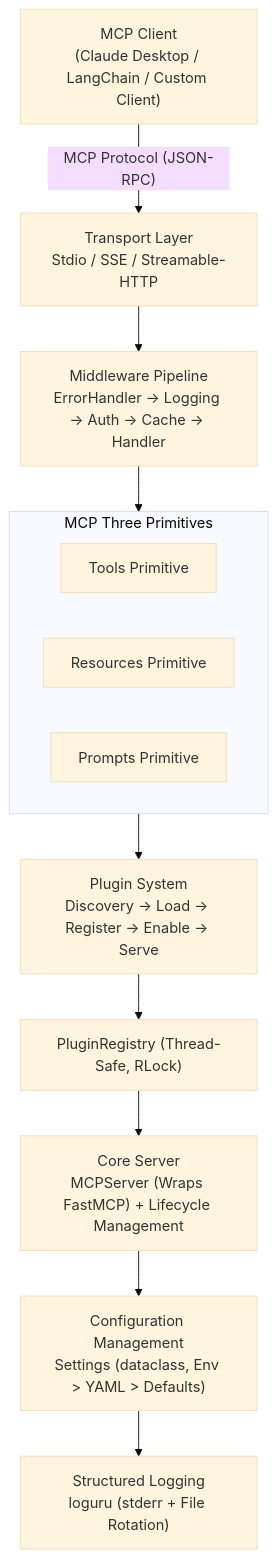
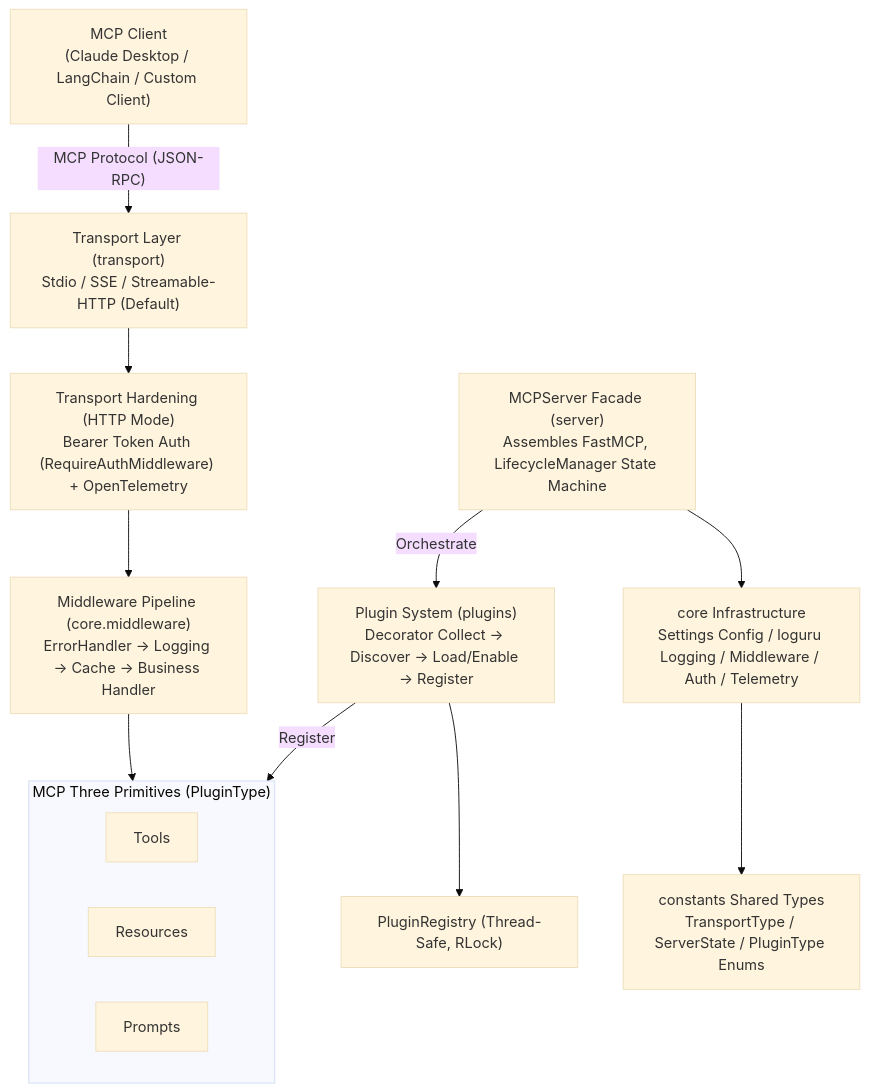
Before and after one commit to chain-engine/x-QiuChi: the first of 4 diagrams in README.en.md, drawn with Mermaid (base theme). The commit also changed other lines of this file and 2 other files, not shown here.

````diff
--- a/README.en.md
+++ b/README.en.md
@@ -384,26 +384,28 @@
 ```mermaid
 flowchart TD
     A["MCP Client<br/>(Claude Desktop / LangChain / Custom Client)"]
-    B["Transport Layer<br/>Stdio / SSE / Streamable-HTTP"]
-    C["Middleware Pipeline<br/>ErrorHandler → Logging → Auth → Cache → Handler"]
-    subgraph D["MCP Three Primitives"]
+    B["Transport Layer (transport)<br/>Stdio / SSE / Streamable-HTTP (Default)"]
+    B1["Transport Hardening (HTTP Mode)<br/>Bearer Token Auth (RequireAuthMiddleware) + OpenTelemetry"]
+    C["Middleware Pipeline (core.middleware)<br/>ErrorHandler → Logging → Cache → Business Handler"]
+    subgraph D["MCP Three Primitives (PluginType)"]
         direction LR
-        D1["Tools Primitive"]
-        D2["Resources Primitive"]
-        D3["Prompts Primitive"]
+        D1["Tools"]
+        D2["Resources"]
+        D3["Prompts"]
     end
-    E["Plugin System<br/>Discovery → Load → Register → Enable → Serve"]
+    E["Plugin System (plugins)<br/>Decorator Collect → Discover → Load/Enable → Register"]
     F["PluginRegistry (Thread-Safe, RLock)"]
-    G["Core Server<br/>MCPServer (Wraps FastMCP) + Lifecycle Management"]
-    H["Configuration Management<br/>Settings (dataclass, Env > YAML > Defaults)"]
-    I["Structured Logging<br/>loguru (stderr + File Rotation)"]
+    G["MCPServer Facade (server)<br/>Assembles FastMCP, LifecycleManager State Machine"]
+    H["core Infrastructure<br/>Settings Config / loguru Logging / Middleware / Auth / Telemetry"]
+    I["constants Shared Types<br/>TransportType / ServerState / PluginType Enums"]
 
     A -->|"MCP Protocol (JSON-RPC)"| B
-    B --> C
+    B --> B1
+    B1 --> C
     C --> D
-    D --> E
+    E -->|"Register"| D
     E --> F
-    F --> G
+    G -->|"Orchestrate"| E
     G --> H
     H --> I
 ```
````
